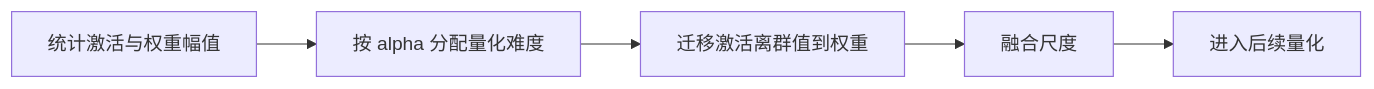
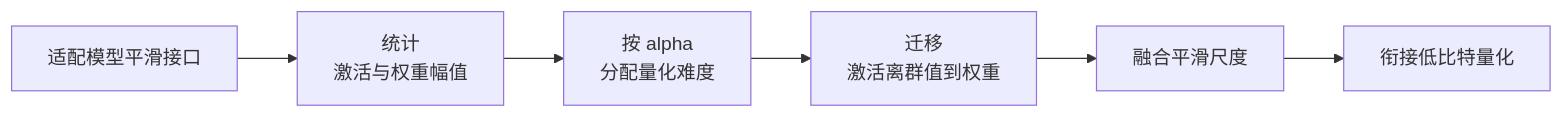
Before and after one commit to mindstudio-docs/master: the diagram in msmodelslim/docs/zh/knowledge_base/quantization_algorithms/smooth_quant/usage_smooth_quant.md, drawn with Mermaid. The commit also changed other lines of this file and 235 other files, not shown here.

````diff
--- a/msmodelslim/docs/zh/knowledge_base/quantization_algorithms/smooth_quant/usage_smooth_quant.md
+++ b/msmodelslim/docs/zh/knowledge_base/quantization_algorithms/smooth_quant/usage_smooth_quant.md
@@ -24,7 +28,8 @@
 ```mermaid
 flowchart LR
-    A[统计激活与权重幅值] --> B[按 alpha 分配量化难度]
-    B[按 alpha 分配量化难度] --> C[迁移激活离群值到权重]
-    C[迁移激活离群值到权重] --> D[融合尺度]
-    D[融合尺度] --> E[进入后续量化]
+    A[适配模型平滑接口] --> B[统计<br/>激活与权重幅值]
+    B --> C[按 alpha<br/>分配量化难度]
+    C --> D[迁移<br/>激活离群值到权重]
+    D --> E[融合平滑尺度]
+    E --> F[衔接低比特量化]
 ```
````
